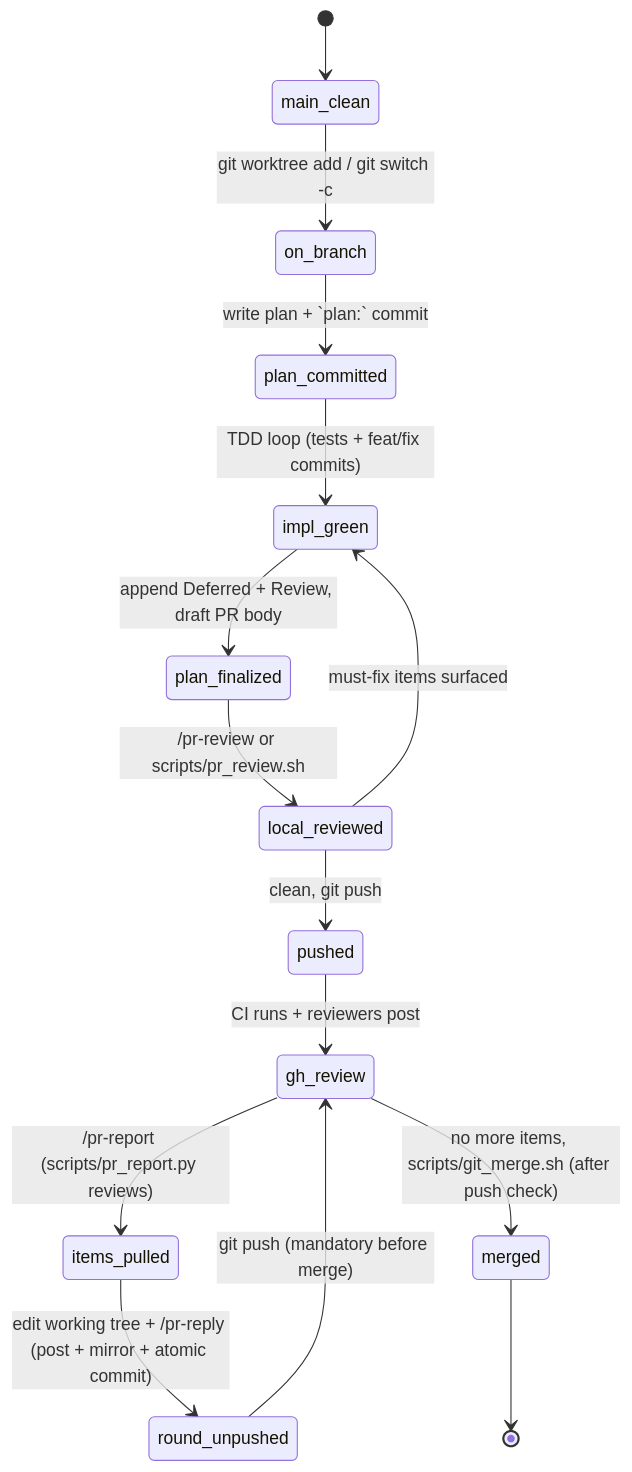
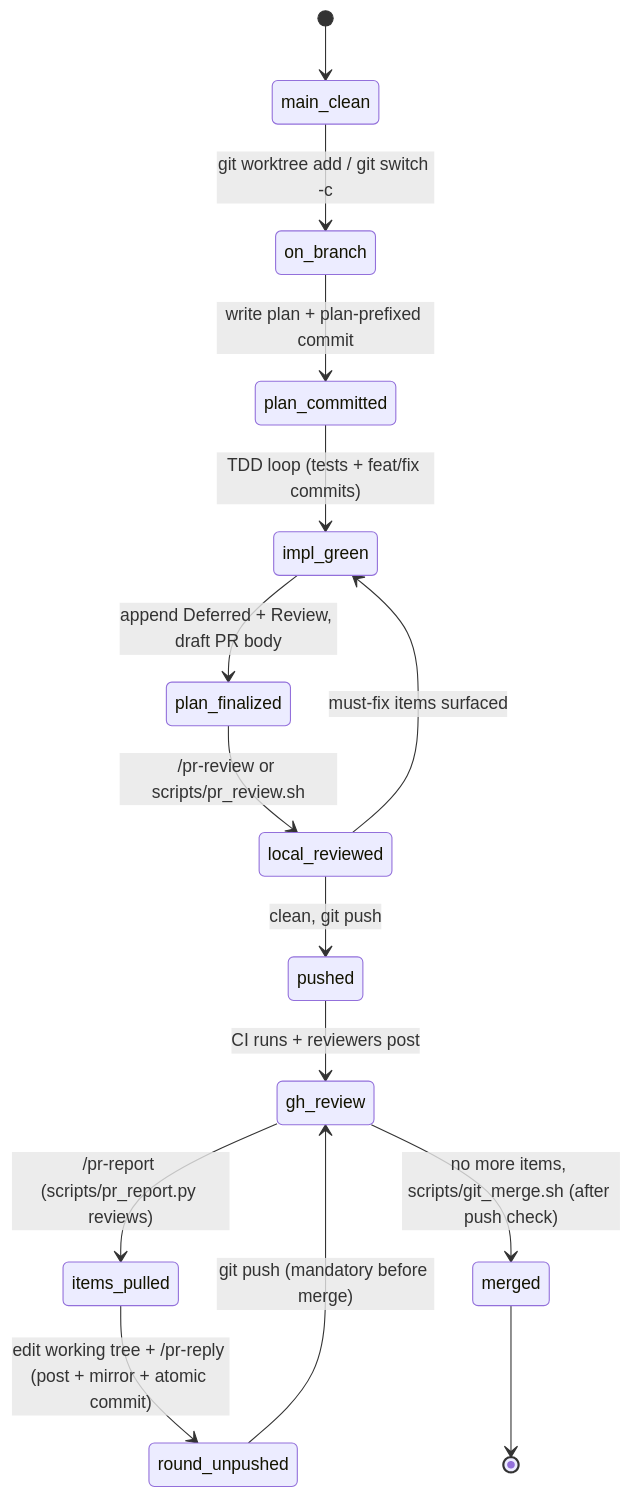
One commit to cmk/template-rust changed the first of 2 diagrams in doc/workflow.md. Above: the diagram before and after it, drawn with Mermaid. The commit also changed 1 other file, not shown here.

Commit message:
doc: Reduce AGENTS.md size

````diff
--- a/doc/workflow.md
+++ b/doc/workflow.md
@@ -18,17 +18,17 @@
 ```mermaid
 stateDiagram-v2
     [*] --> main_clean
     main_clean --> on_branch: git worktree add / git switch -c
-    on_branch --> plan_committed: write plan + `plan:` commit
+    on_branch --> plan_committed: write plan + plan-prefixed commit
     plan_committed --> impl_green: TDD loop (tests + feat/fix commits)
     impl_green --> plan_finalized: append Deferred + Review, draft PR body
     plan_finalized --> local_reviewed: /pr-review or scripts/pr_review.sh
     local_reviewed --> impl_green: must-fix items surfaced
     local_reviewed --> pushed: clean, git push
     pushed --> gh_review: CI runs + reviewers post
     gh_review --> items_pulled: /pr-report (scripts/pr_report.py reviews)
     items_pulled --> round_unpushed: edit working tree + /pr-reply (post + mirror + atomic commit)
     round_unpushed --> gh_review: git push (mandatory before merge)
     gh_review --> merged: no more items, scripts/git_merge.sh (after push check)
     merged --> [*]
 ```
````
